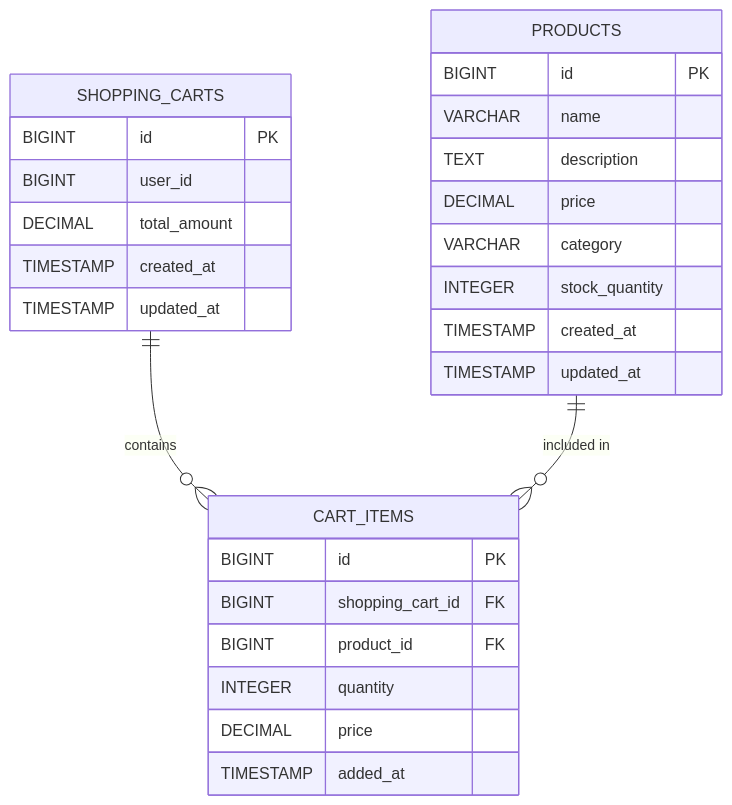
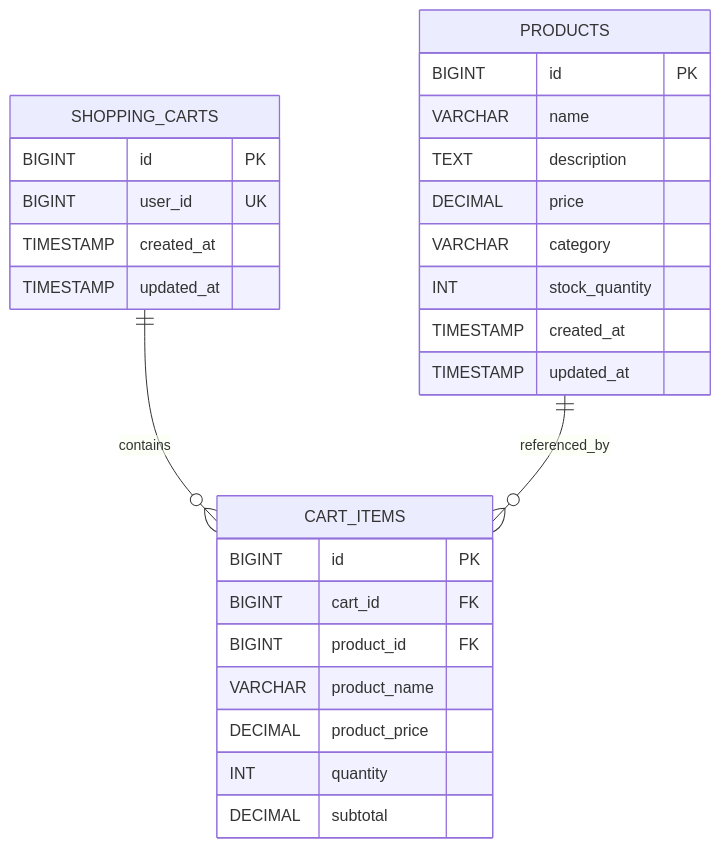
One commit to NavneetBN47/aava-ecom-demo changed the second of 13 diagrams in docs/LLD/modified_lld.md. Above: the diagram before and after it, drawn with Mermaid. The commit also changed other lines of this file, not shown here.

````diff
--- a/docs/LLD/modified_lld.md
+++ b/docs/LLD/modified_lld.md
@@ -128,33 +150,33 @@
 ```mermaid
 erDiagram
     PRODUCTS {
         BIGINT id PK
         VARCHAR name
         TEXT description
         DECIMAL price
         VARCHAR category
-        INTEGER stock_quantity
+        INT stock_quantity
         TIMESTAMP created_at
         TIMESTAMP updated_at
     }
 
     SHOPPING_CARTS {
         BIGINT id PK
-        BIGINT user_id
-        DECIMAL total_amount
+        BIGINT user_id UK
         TIMESTAMP created_at
         TIMESTAMP updated_at
     }
 
     CART_ITEMS {
         BIGINT id PK
-        BIGINT shopping_cart_id FK
+        BIGINT cart_id FK
         BIGINT product_id FK
-        INTEGER quantity
-        DECIMAL price
-        TIMESTAMP added_at
+        VARCHAR product_name
+        DECIMAL product_price
+        INT quantity
+        DECIMAL subtotal
     }
 
     SHOPPING_CARTS ||--o{ CART_ITEMS : contains
-    PRODUCTS ||--o{ CART_ITEMS : "included in"
+    PRODUCTS ||--o{ CART_ITEMS : referenced_by
 ```
````
